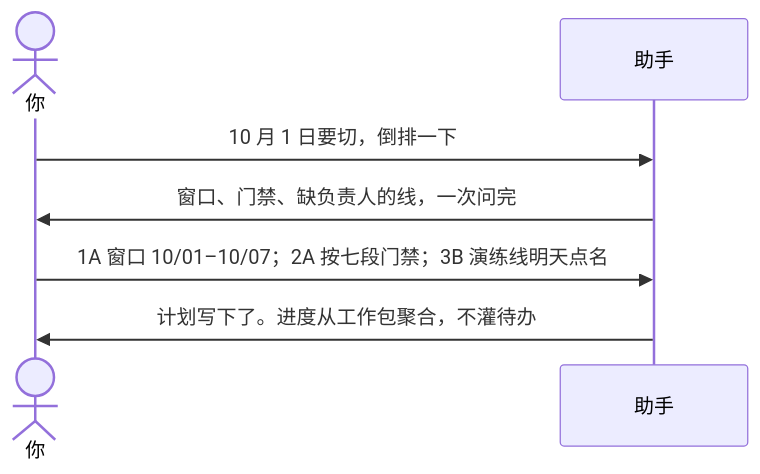
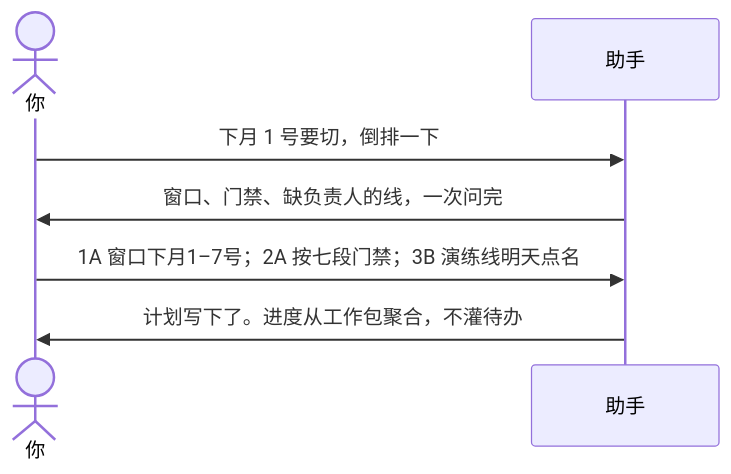
Before and after one commit to qiusuo0226/chrono-pm-skill: the first of 2 diagrams in examples/09-倒排上线计划.md, drawn with Mermaid. The commit also changed other lines of this file and 16 other files, not shown here.

````diff
--- a/examples/09-倒排上线计划.md
+++ b/examples/09-倒排上线计划.md
@@ -11,10 +11,10 @@
 ```mermaid
 sequenceDiagram
     actor You as 你
     participant AI as 助手
 
-    You->>AI: 10 月 1 日要切，倒排一下
+    You->>AI: 下月 1 号要切，倒排一下
     AI->>You: 窗口、门禁、缺负责人的线，一次问完
-    You->>AI: 1A 窗口 10/01–10/07；2A 按七段门禁；3B 演练线明天点名
+    You->>AI: 1A 窗口下月1–7号；2A 按七段门禁；3B 演练线明天点名
     AI->>You: 计划写下了。进度从工作包聚合，不灌待办
 ```
````
